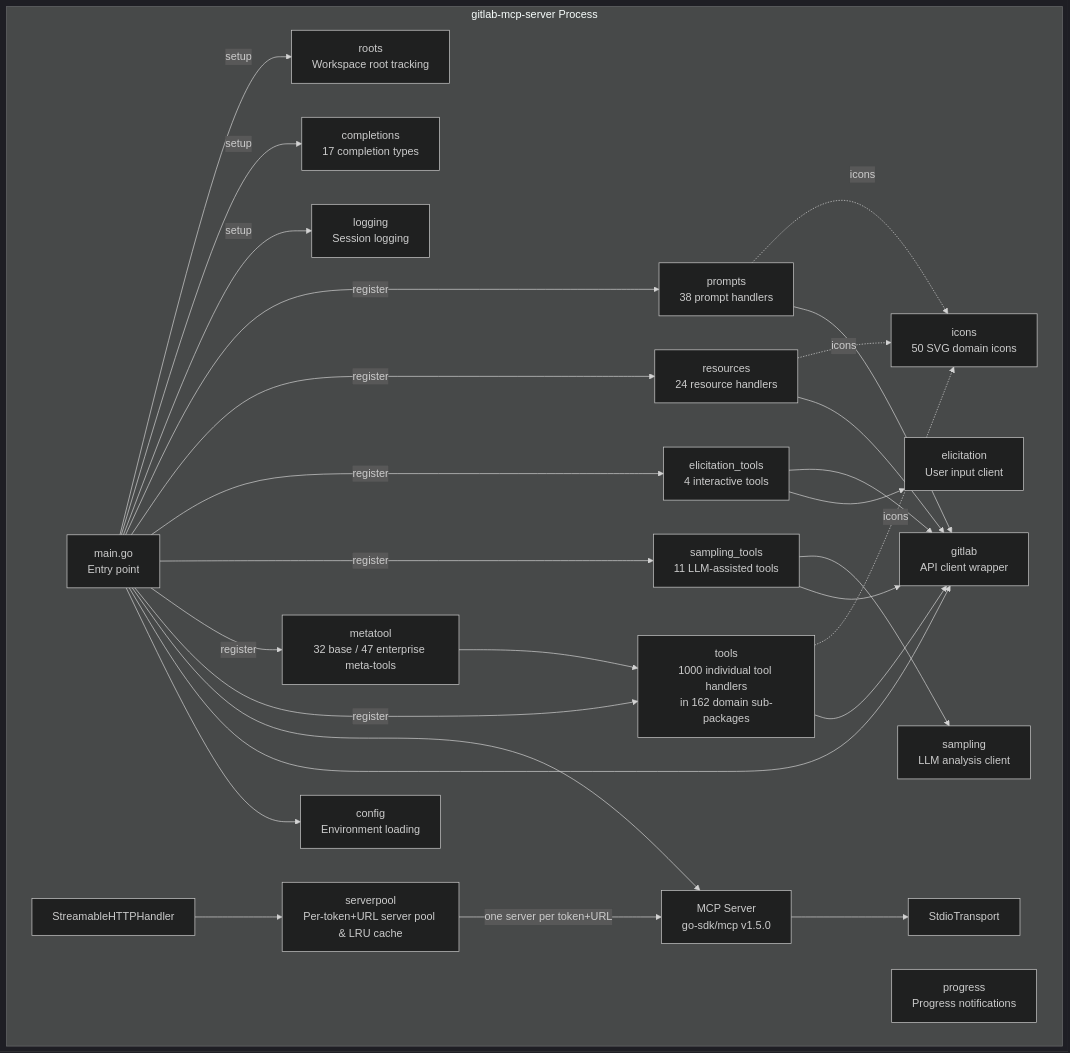
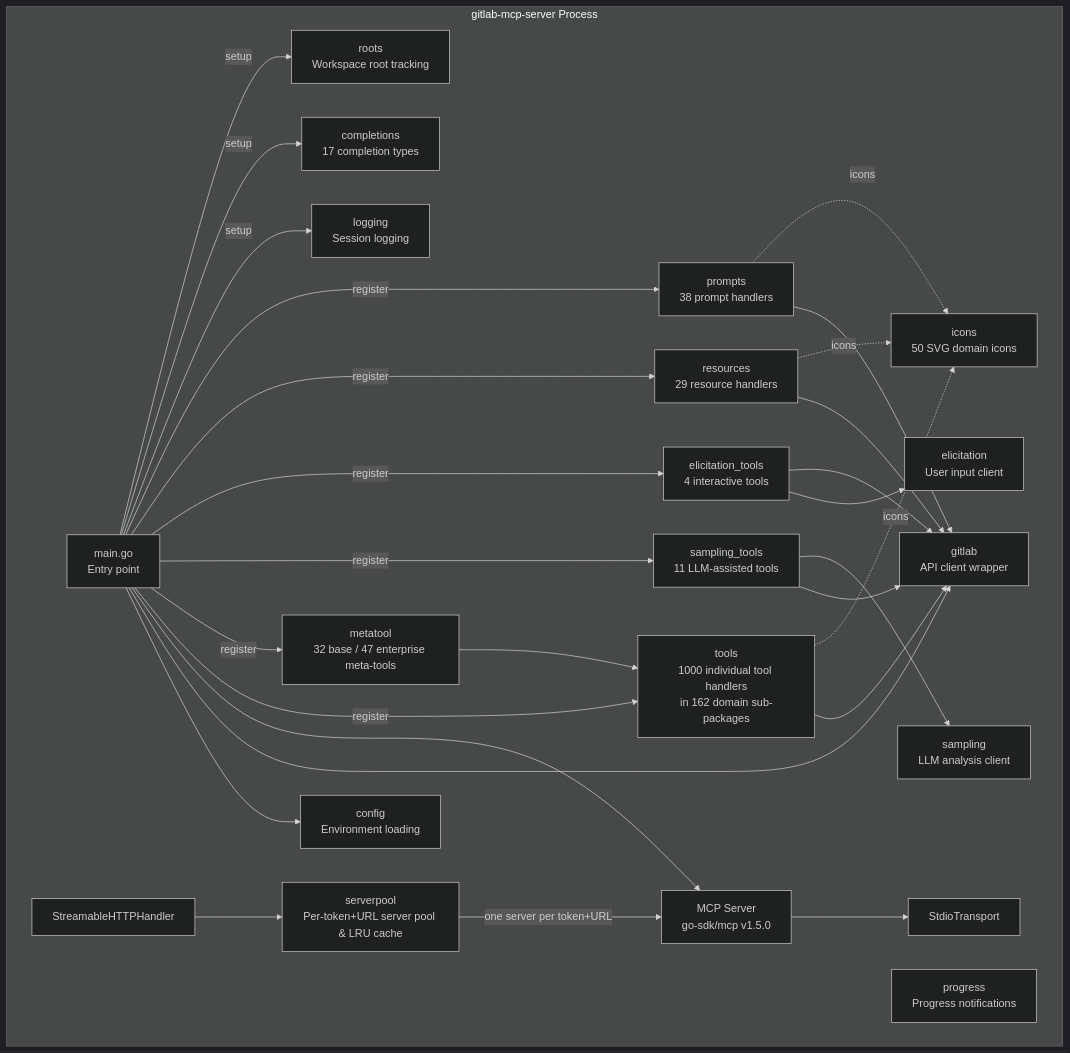
The third of 9 diagrams in docs/architecture.md (jmrplens/gitlab-mcp-server), drawn with Mermaid (dark theme) before and after one commit. The commit also changed 7 other files, not shown here.

First line of the commit message:
feat(resources): add 5 new resource templates (commit, file_blob, wiki, MR notes/discussions)

````diff
--- a/docs/architecture.md
+++ b/docs/architecture.md
@@ -64,52 +64,52 @@
 ```mermaid
 graph TD
     subgraph "gitlab-mcp-server Process"
         MAIN[main.go<br/>Entry point]
         CFG[config<br/>Environment loading]
         GL[gitlab<br/>API client wrapper]
         TOOLS[tools<br/>1000 individual tool handlers<br/>in 162 domain sub-packages]
         META[metatool<br/>32 base / 47 enterprise meta-tools]
         SAMP[sampling_tools<br/>11 LLM-assisted tools]
         ELIC[elicitation_tools<br/>4 interactive tools]
-        RES[resources<br/>24 resource handlers]
+        RES[resources<br/>29 resource handlers]
         PROMPTS[prompts<br/>38 prompt handlers]
         LOG[logging<br/>Session logging]
         COMP[completions<br/>17 completion types]
         ROOTS[roots<br/>Workspace root tracking]
         PROG[progress<br/>Progress notifications]
         SAMPLING[sampling<br/>LLM analysis client]
         ELICIT[elicitation<br/>User input client]
         ICN[icons<br/>50 SVG domain icons]
         SRV[MCP Server<br/>go-sdk/mcp v1.5.0]
         STDIO[StdioTransport]
         HTTP[StreamableHTTPHandler]
         POOL[serverpool<br/>Per-token+URL server pool & LRU cache]
     end
 
     MAIN --> CFG
     MAIN --> GL
     MAIN --> SRV
     SRV --> STDIO
     HTTP --> POOL
     POOL -->|one server per token+URL| SRV
     TOOLS --> GL
     META --> TOOLS
     SAMP --> GL
     SAMP --> SAMPLING
     ELIC --> ELICIT
     ELIC --> GL
     RES --> GL
     PROMPTS --> GL
     MAIN -->|register| TOOLS
     MAIN -->|register| META
     MAIN -->|register| SAMP
     MAIN -->|register| ELIC
     MAIN -->|register| RES
     MAIN -->|register| PROMPTS
     TOOLS -.->|icons| ICN
     RES -.->|icons| ICN
     PROMPTS -.->|icons| ICN
     MAIN -->|setup| LOG
     MAIN -->|setup| COMP
     MAIN -->|setup| ROOTS
 ```
````
